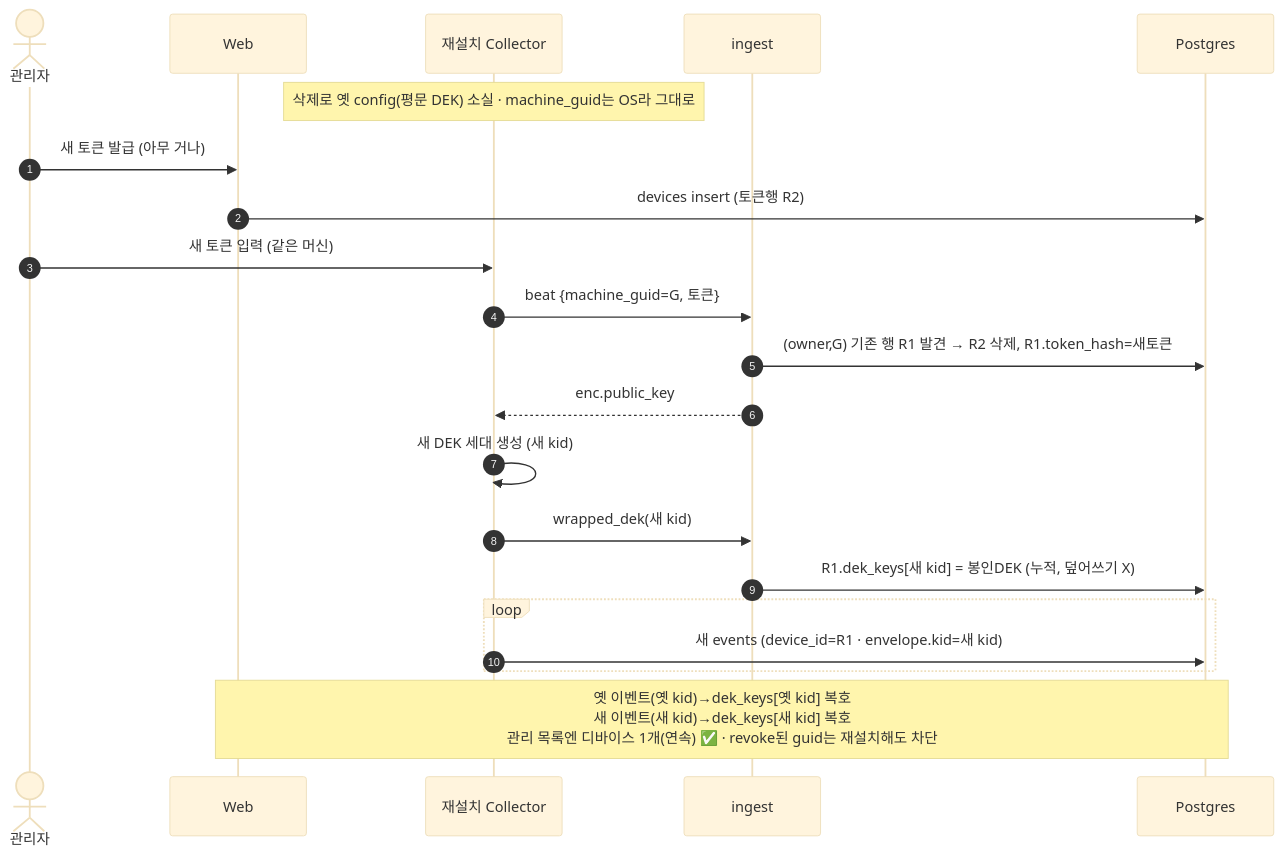
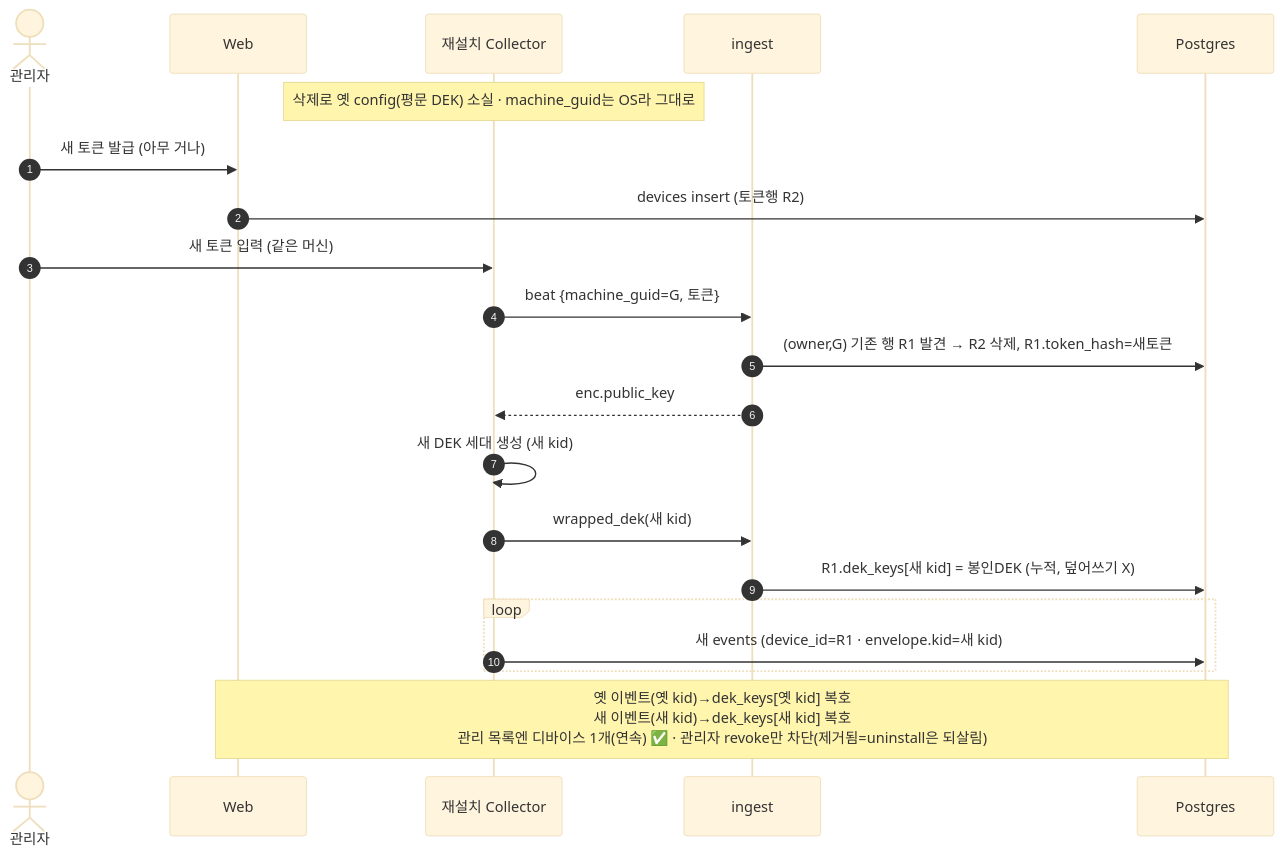
Diagram 11 of 13 in docs/design-flows.md (qnfw3174/periscribe), drawn with Mermaid (base theme) before and after one commit. The commit also changed other lines of this file and 2 other files, not shown here.

First line of the commit message:
재설치 차단 완화: 사용자 uninstall(제거됨)은 재설치 시 되살림, 관리자 revoke만 차단

````diff
--- a/docs/design-flows.md
+++ b/docs/design-flows.md
@@ -263,24 +263,24 @@
 ```mermaid
 sequenceDiagram
   autonumber
   actor Admin as 관리자
   participant WEB as Web
   participant COL2 as 재설치 Collector
   participant ING as ingest
   participant DB as Postgres
 
   Note over COL2: 삭제로 옛 config(평문 DEK) 소실 · machine_guid는 OS라 그대로
   Admin->>WEB: 새 토큰 발급 (아무 거나)
   WEB->>DB: devices insert (토큰행 R2)
   Admin->>COL2: 새 토큰 입력 (같은 머신)
   COL2->>ING: beat {machine_guid=G, 토큰}
   ING->>DB: (owner,G) 기존 행 R1 발견 → R2 삭제, R1.token_hash=새토큰
   ING-->>COL2: enc.public_key
   COL2->>COL2: 새 DEK 세대 생성 (새 kid)
   COL2->>ING: wrapped_dek(새 kid)
   ING->>DB: R1.dek_keys[새 kid] = 봉인DEK  (누적, 덮어쓰기 X)
   loop
     COL2->>DB: 새 events (device_id=R1 · envelope.kid=새 kid)
   end
-  Note over WEB,DB: 옛 이벤트(옛 kid)→dek_keys[옛 kid] 복호<br/>새 이벤트(새 kid)→dek_keys[새 kid] 복호<br/>관리 목록엔 디바이스 1개(연속) ✅ · revoke된 guid는 재설치해도 차단
+  Note over WEB,DB: 옛 이벤트(옛 kid)→dek_keys[옛 kid] 복호<br/>새 이벤트(새 kid)→dek_keys[새 kid] 복호<br/>관리 목록엔 디바이스 1개(연속) ✅ · 관리자 revoke만 차단(제거됨=uninstall은 되살림)
 ```
````
